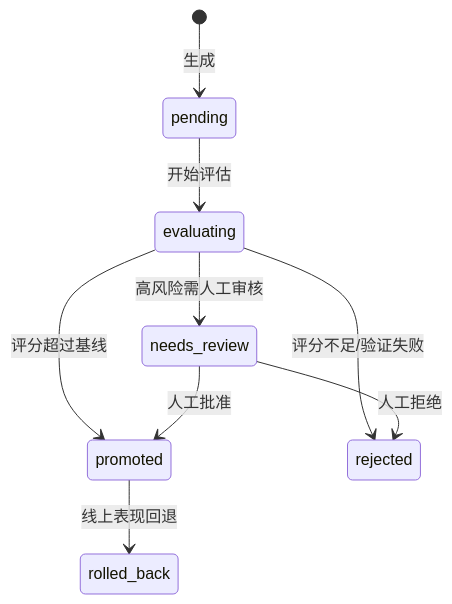
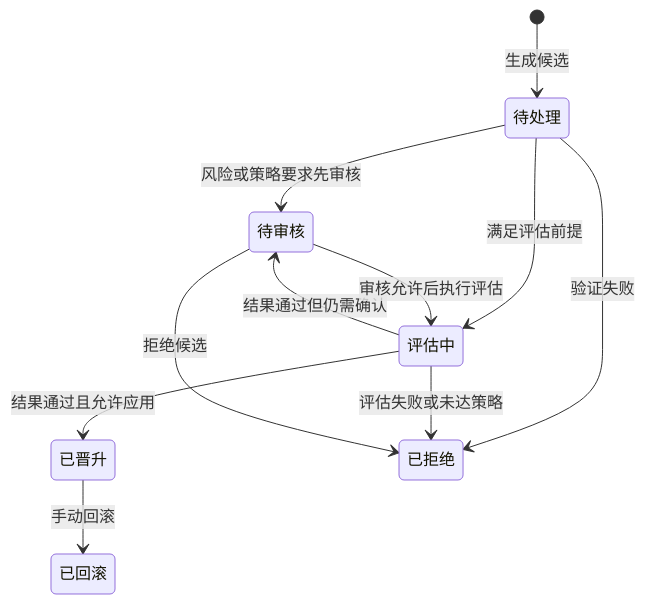
Before and after one commit to fuyuxiang/echo-agent: the diagram in docs/concepts/evolution-evaluation.md, drawn with Mermaid. The commit also changed other lines of this file and 201 other files, not shown here.

Commit message:
完善桌面端与运行时文档并规范架构流程图

````diff
--- a/docs/concepts/evolution-evaluation.md
+++ b/docs/concepts/evolution-evaluation.md
@@ -100,11 +23,19 @@
 ```mermaid
 stateDiagram-v2
-    [*] --> pending: 生成
-    pending --> evaluating: 开始评估
-    evaluating --> promoted: 评分超过基线
-    evaluating --> rejected: 评分不足/验证失败
-    evaluating --> needs_review: 高风险需人工审核
-    promoted --> rolled_back: 线上表现回退
-    needs_review --> promoted: 人工批准
-    needs_review --> rejected: 人工拒绝
+    state "待处理" as Pending
+    state "评估中" as Evaluating
+    state "待审核" as Review
+    state "已晋升" as Promoted
+    state "已拒绝" as Rejected
+    state "已回滚" as RolledBack
+    [*] --> Pending : 生成候选
+    Pending --> Review : 风险或策略要求先审核
+    Pending --> Evaluating : 满足评估前提
+    Pending --> Rejected : 验证失败
+    Evaluating --> Rejected : 评估失败或未达策略
+    Evaluating --> Review : 结果通过但仍需确认
+    Evaluating --> Promoted : 结果通过且允许应用
+    Review --> Evaluating : 审核允许后执行评估
+    Review --> Rejected : 拒绝候选
+    Promoted --> RolledBack : 手动回滚
 ```
````
